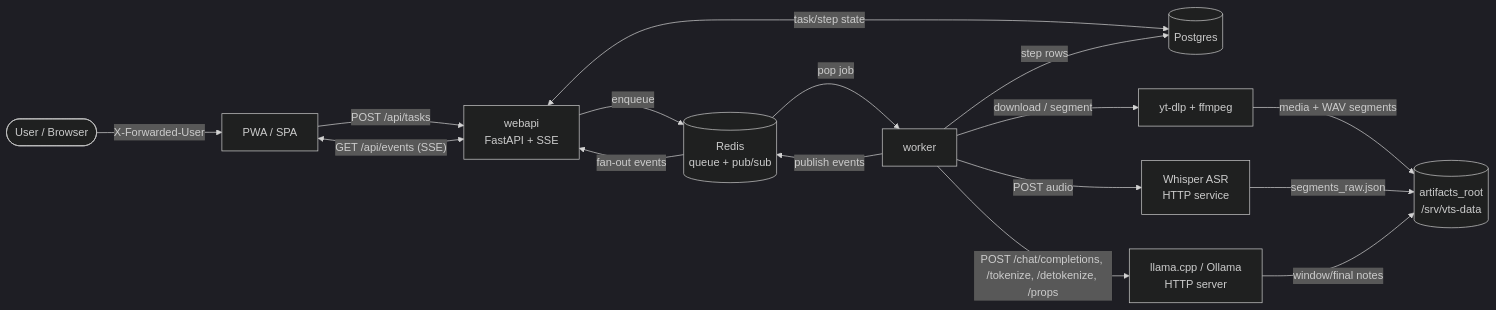
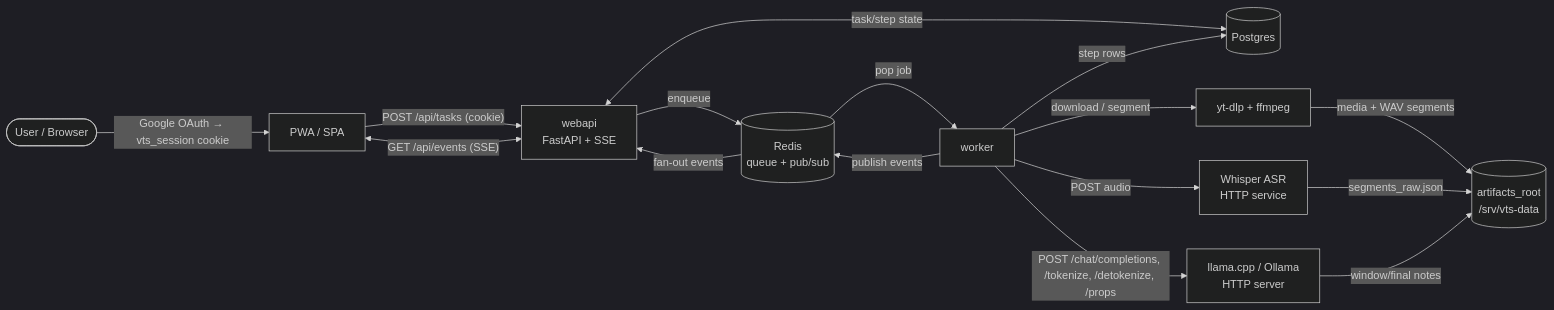
The diagram in docs/ARCHITECTURE.md (gorynychzmey/vts), drawn with Mermaid (dark theme) before and after one commit. The commit also changed other lines of this file and 3 other files, not shown here.

First line of the commit message:
docs(auth): sync README/ARCHITECTURE with OAuth model; add docs/AUTH.md (vts-0is)

````diff
--- a/docs/ARCHITECTURE.md
+++ b/docs/ARCHITECTURE.md
@@ -38,29 +38,29 @@
 ```mermaid
 flowchart LR
   User([User / Browser])
   PWA[PWA / SPA]
   API[webapi<br/>FastAPI + SSE]
   PG[(Postgres)]
   R[(Redis<br/>queue + pub/sub)]
   W[worker]
   YT[yt-dlp + ffmpeg]
   ASR[Whisper ASR<br/>HTTP service]
   LLM[llama.cpp / Ollama<br/>HTTP server]
   FS[(artifacts_root<br/>/srv/vts-data)]
 
-  User -- "X-Forwarded-User" --> PWA
-  PWA -- "POST /api/tasks" --> API
+  User -- "Google OAuth → vts_session cookie" --> PWA
+  PWA -- "POST /api/tasks (cookie)" --> API
   PWA <-- "GET /api/events (SSE)" --> API
   API -- "enqueue" --> R
   API <-- "task/step state" --> PG
   R -- "pop job" --> W
   W -- "publish events" --> R
   R -- "fan-out events" --> API
   W -- "step rows" --> PG
   W -- "download / segment" --> YT
   YT -- "media + WAV segments" --> FS
   W -- "POST audio" --> ASR
   ASR -- "segments_raw.json" --> FS
   W -- "POST /chat/completions, /tokenize, /detokenize, /props" --> LLM
   LLM -- "window/final notes" --> FS
 ```
````
